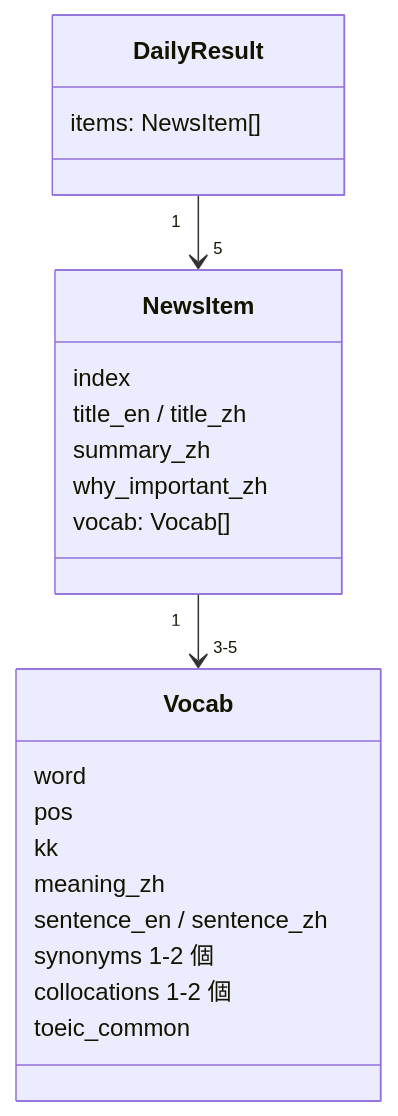
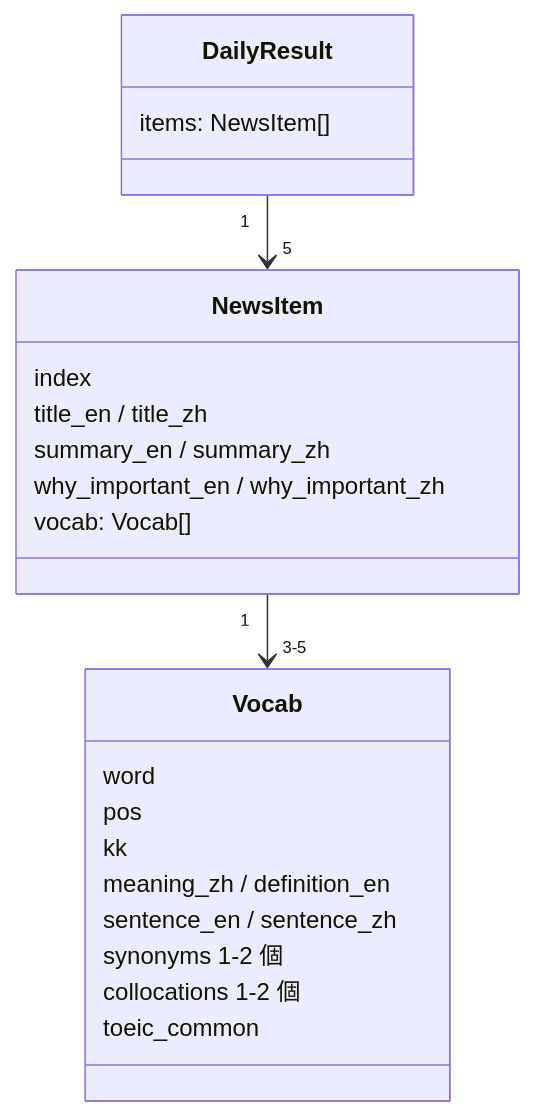
Before and after one commit to qsceszwdvrdx/en_news: the fourth of 5 diagrams in HOW_IT_WORKS.md, drawn with Mermaid. The commit also changed other lines of this file and 2 other files, not shown here.

Commit message:
Add English-only edition and English summaries

````diff
--- a/HOW_IT_WORKS.md
+++ b/HOW_IT_WORKS.md
@@ -82,25 +82,25 @@
 ```mermaid
 classDiagram
     class DailyResult {
         items: NewsItem[]
     }
     class NewsItem {
         index
         title_en / title_zh
-        summary_zh
-        why_important_zh
+        summary_en / summary_zh
+        why_important_en / why_important_zh
         vocab: Vocab[]
     }
     class Vocab {
         word
         pos
         kk
-        meaning_zh
+        meaning_zh / definition_en
         sentence_en / sentence_zh
         synonyms 1-2 個
         collocations 1-2 個
         toeic_common
     }
     DailyResult "1" --> "5" NewsItem
     NewsItem "1" --> "3-5" Vocab
 ```
````
